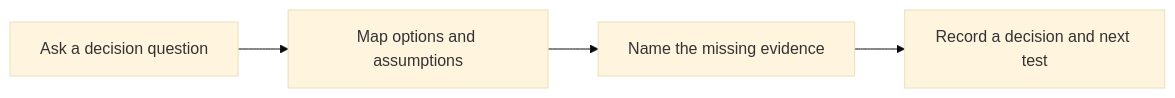
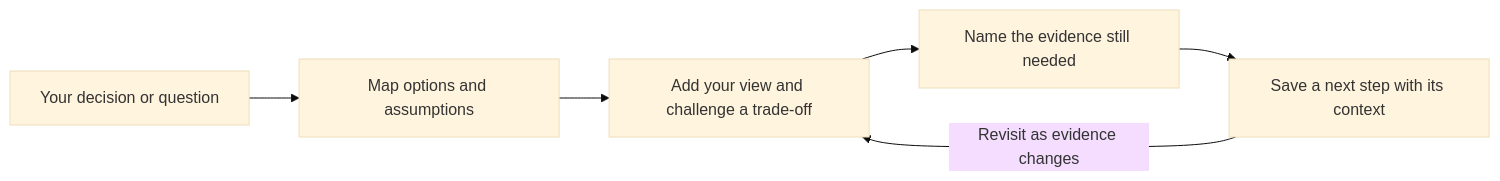
One commit to Calvin1921/thinking-machine changed the first of 2 diagrams in README.md. Above: the diagram before and after it, drawn with Mermaid (base theme). The commit also changed other lines of this file, not shown here.

````diff
--- a/README.md
+++ b/README.md
@@ -17,6 +17,8 @@
 ```mermaid
 flowchart LR
-    A[Ask a decision question] --> B[Map options and assumptions]
-    B --> C[Name the missing evidence]
-    C --> D[Record a decision and next test]
+    Q[Your decision or question] --> A[Map options and assumptions]
+    A --> H[Add your view and challenge a trade-off]
+    H --> E[Name the evidence still needed]
+    E --> N[Save a next step with its context]
+    N -->|Revisit as evidence changes| H
 ```
````
